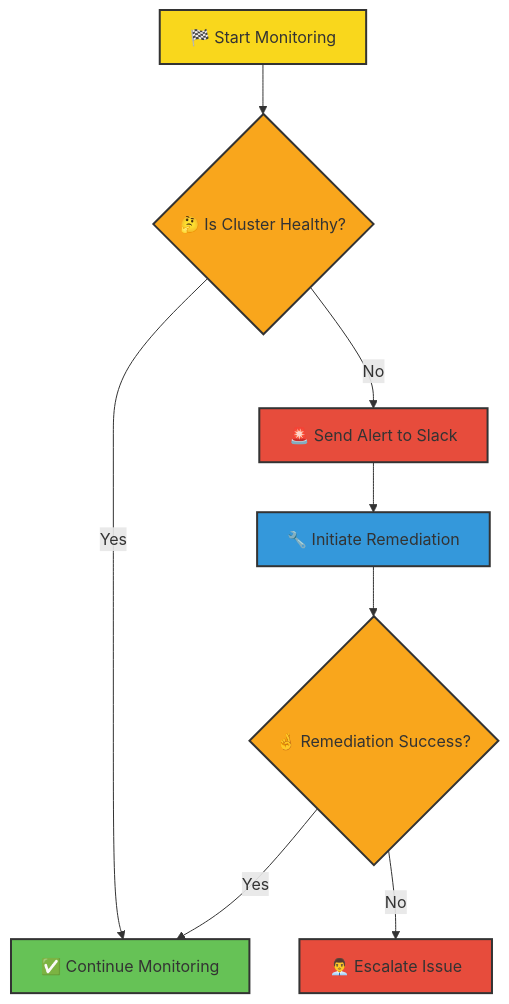
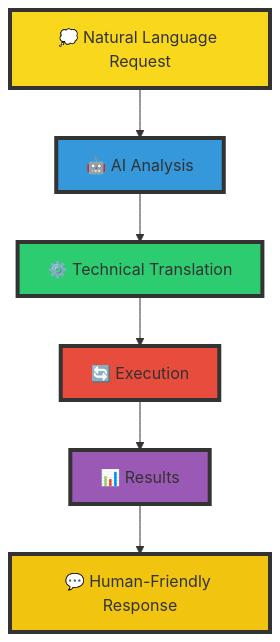
Before and after one commit to kubiyabot/terraform-modules: the diagram in kubernetes-sidekick/terraform/README.md, drawn with Mermaid. The commit also changed other lines of this file, not shown here.

````diff
--- a/kubernetes-sidekick/terraform/README.md
+++ b/kubernetes-sidekick/terraform/README.md
@@ -26,18 +139,15 @@
 ```mermaid
 graph TD
-    A[🏁 Start Monitoring] --> B{🤔 Is Cluster Healthy?}
-    B --> |Yes| C[✅ Continue Monitoring]
-    B --> |No| D[🚨 Send Alert to Slack]
-    D --> E[🔧 Initiate Remediation]
-    E --> F{🤞 Remediation Success?}
-    F --> |Yes| C
-    F --> |No| G[👨‍💼 Escalate Issue]
+    A[💭 Natural Language Request] --> B[🤖 AI Analysis]
+    B --> C[⚙️ Technical Translation]
+    C --> D[🔄 Execution]
+    D --> E[📊 Results]
+    E --> F[💬 Human-Friendly Response]
     
-    style A fill:#f9d71c,stroke:#333,stroke-width:2px
-    style B fill:#f9a61c,stroke:#333,stroke-width:2px
-    style C fill:#66c256,stroke:#333,stroke-width:2px
-    style D fill:#e74c3c,stroke:#333,stroke-width:2px
-    style E fill:#3498db,stroke:#333,stroke-width:2px
-    style F fill:#f9a61c,stroke:#333,stroke-width:2px
-    style G fill:#e74c3c,stroke:#333,stroke-width:2px
+    style A fill:#f9d71c,stroke:#333,stroke-width:4px
+    style B fill:#3498db,stroke:#333,stroke-width:4px
+    style C fill:#2ecc71,stroke:#333,stroke-width:4px
+    style D fill:#e74c3c,stroke:#333,stroke-width:4px
+    style E fill:#9b59b6,stroke:#333,stroke-width:4px
+    style F fill:#f1c40f,stroke:#333,stroke-width:4px
 ```
````
